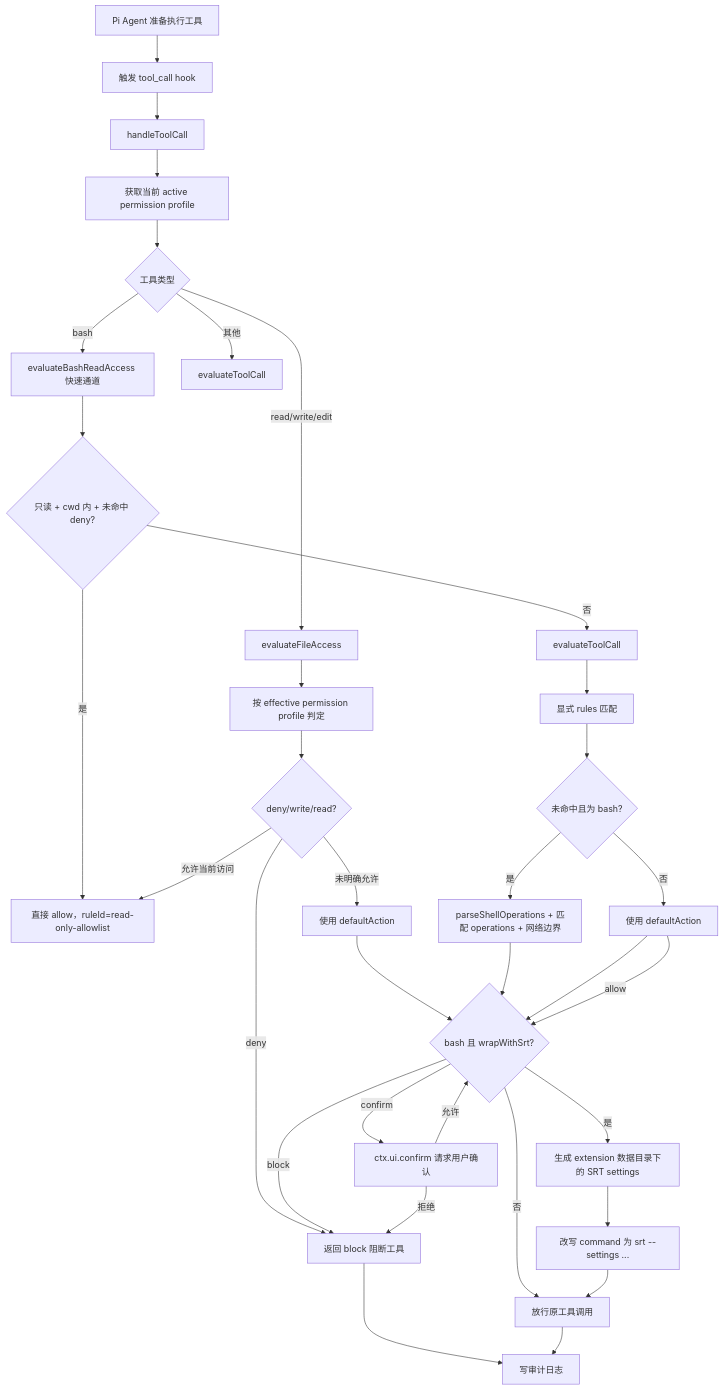
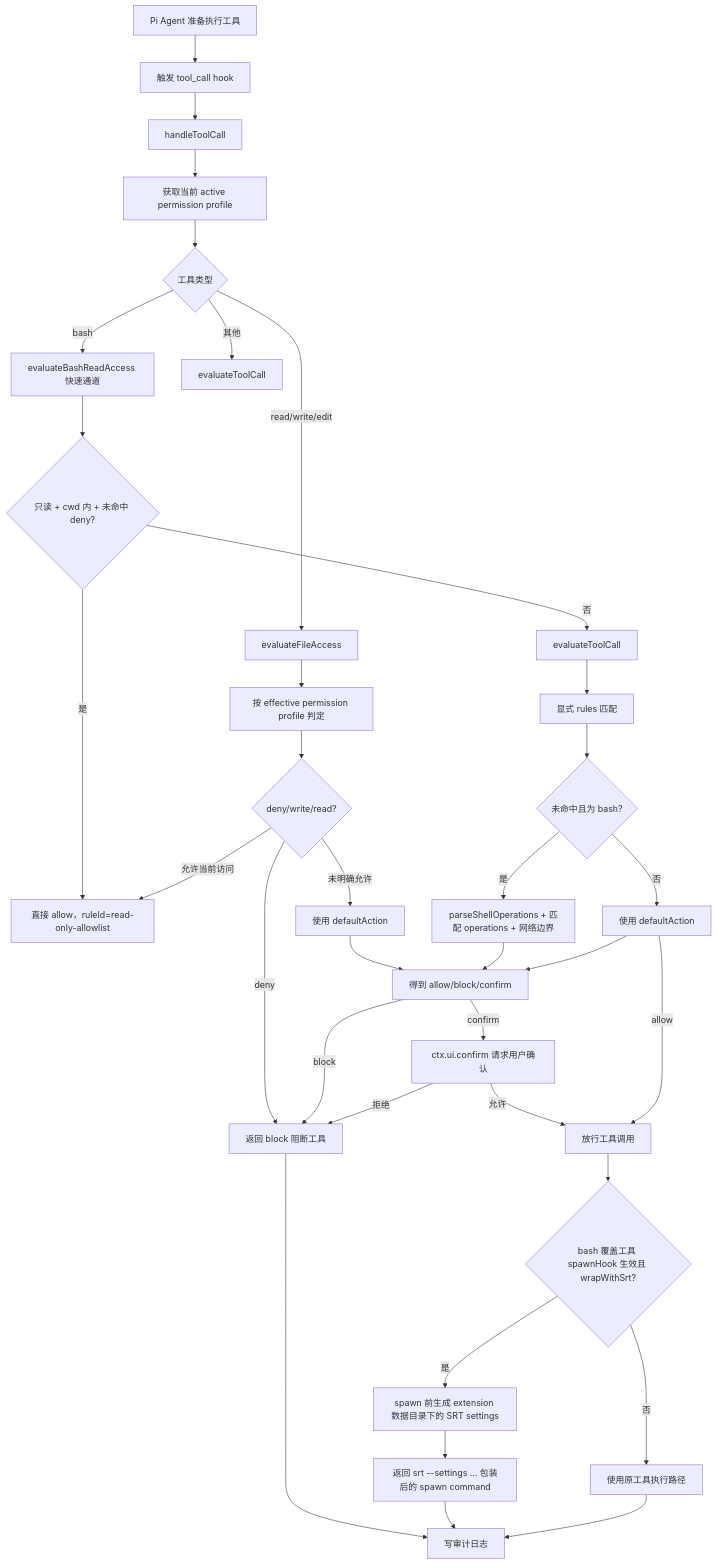
The second of 3 diagrams in doc/PiPerm实现文档.md (DCRcoder/pi-perm), drawn with Mermaid before and after one commit. The commit also changed other lines of this file and 6 other files, not shown here.

First line of the commit message:
fix(srt): 修复 bash 沙盒包装未生效

````diff
--- a/doc/PiPerm实现文档.md
+++ b/doc/PiPerm实现文档.md
@@ -156,36 +161,37 @@
 ```mermaid
 flowchart TD
   A[Pi Agent 准备执行工具] --> B[触发 tool_call hook]
   B --> C[handleToolCall]
   C --> D[获取当前 active permission profile]
   D --> E{工具类型}
   E -->|bash| F[evaluateBashReadAccess 快速通道]
   E -->|read/write/edit| H[evaluateFileAccess]
   E -->|其他| J[evaluateToolCall]
   F --> F1{只读 + cwd 内 + 未命中 deny?}
   F1 -->|是| F2[直接 allow，ruleId=read-only-allowlist]
   F1 -->|否| G[evaluateToolCall]
   H --> H1[按 effective permission profile 判定]
   H1 --> H2{deny/write/read?}
   H2 -->|deny| O
   H2 -->|允许当前访问| F2
   H2 -->|未明确允许| H3[使用 defaultAction]
   G --> K[显式 rules 匹配]
   K --> L{未命中且为 bash?}
   L -->|是| M[parseShellOperations + 匹配 operations + 网络边界]
   L -->|否| N[使用 defaultAction]
   H3 --> Q[得到 allow/block/confirm]
   M --> Q
   N --> Q
   Q -->|block| O[返回 block 阻断工具]
   Q -->|confirm| P[ctx.ui.confirm 请求用户确认]
   P -->|拒绝| O
-  P -->|允许| Q{bash 且 wrapWithSrt?}
-  N -->|allow| Q
-  Q -->|是| R[生成 extension 数据目录下的 SRT settings]
-  R --> S[改写 command 为 srt --settings ...]
-  Q -->|否| T[放行原工具调用]
-  S --> T
+  P -->|允许| R[放行工具调用]
+  N -->|allow| R
+  R --> S{bash 覆盖工具 spawnHook 生效且 wrapWithSrt?}
+  S -->|是| T[spawn 前生成 extension 数据目录下的 SRT settings]
+  T --> V[返回 srt --settings ... 包装后的 spawn command]
+  S -->|否| W[使用原工具执行路径]
   O --> U[写审计日志]
-  T --> U
+  V --> U
+  W --> U
 ```
````
